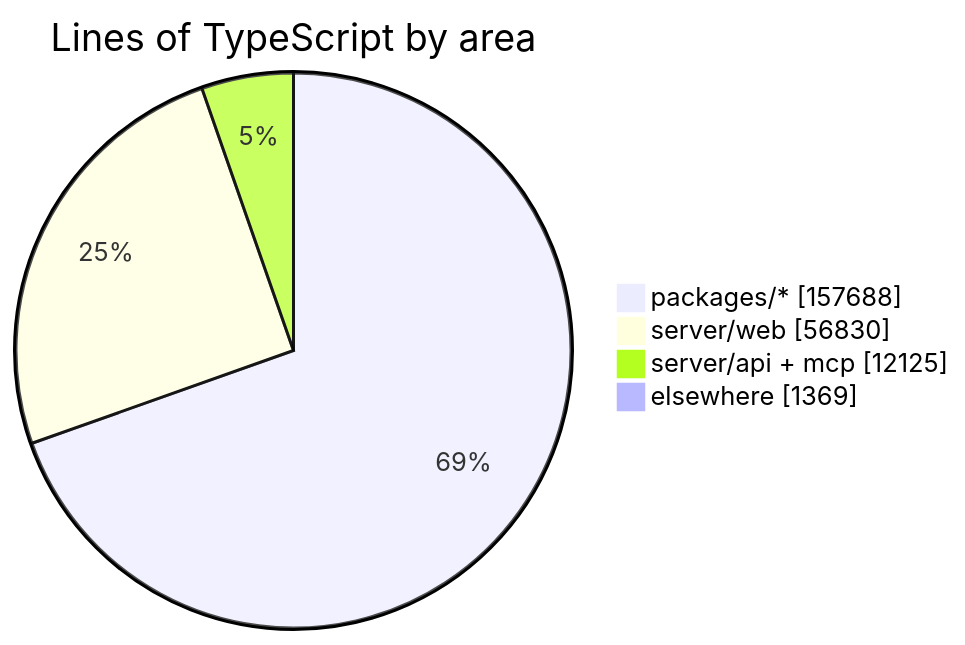
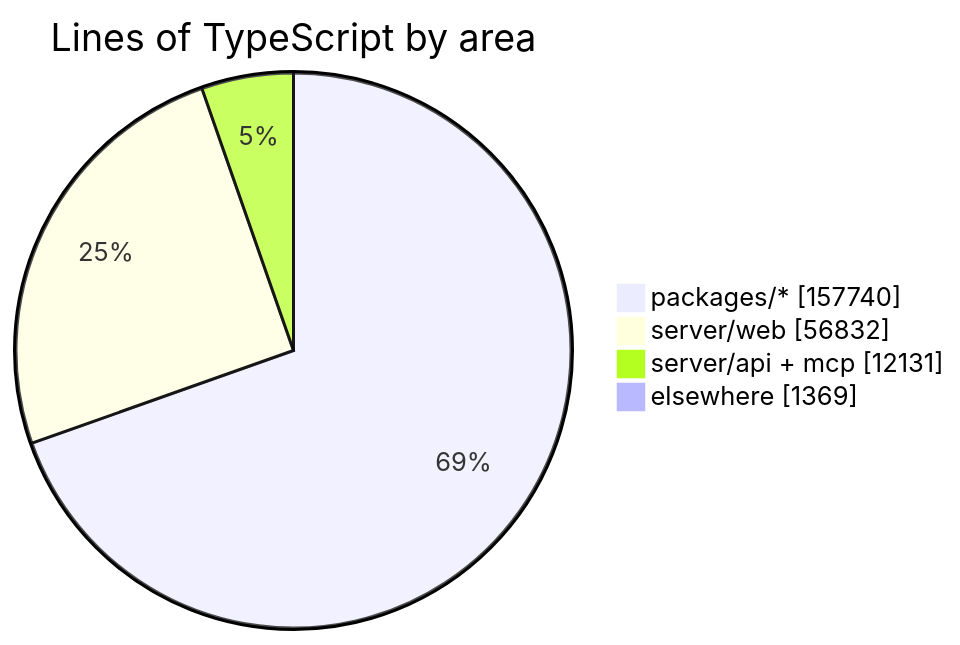
Before and after one commit to crossworks-engineering/mantle: the diagram in README.md, drawn with Mermaid. The commit also changed other lines of this file and 2 other files, not shown here.

````diff
--- a/README.md
+++ b/README.md
@@ -279,7 +279,7 @@
 ```mermaid
 pie showData title Lines of TypeScript by area
-    "packages/*" : 157688
-    "server/web" : 56830
-    "server/api + mcp" : 12125
+    "packages/*" : 157740
+    "server/web" : 56832
+    "server/api + mcp" : 12131
     "elsewhere" : 1369
 ```
````
